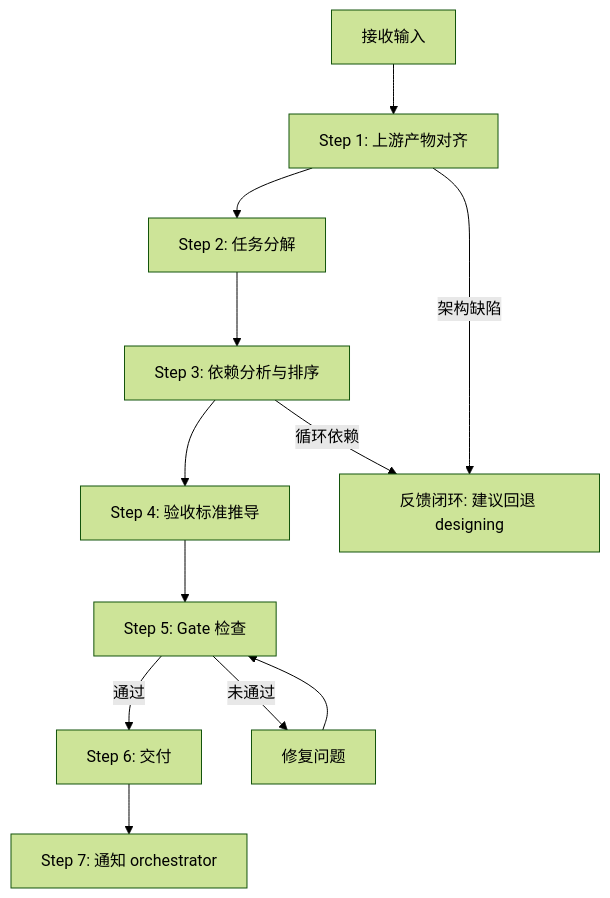
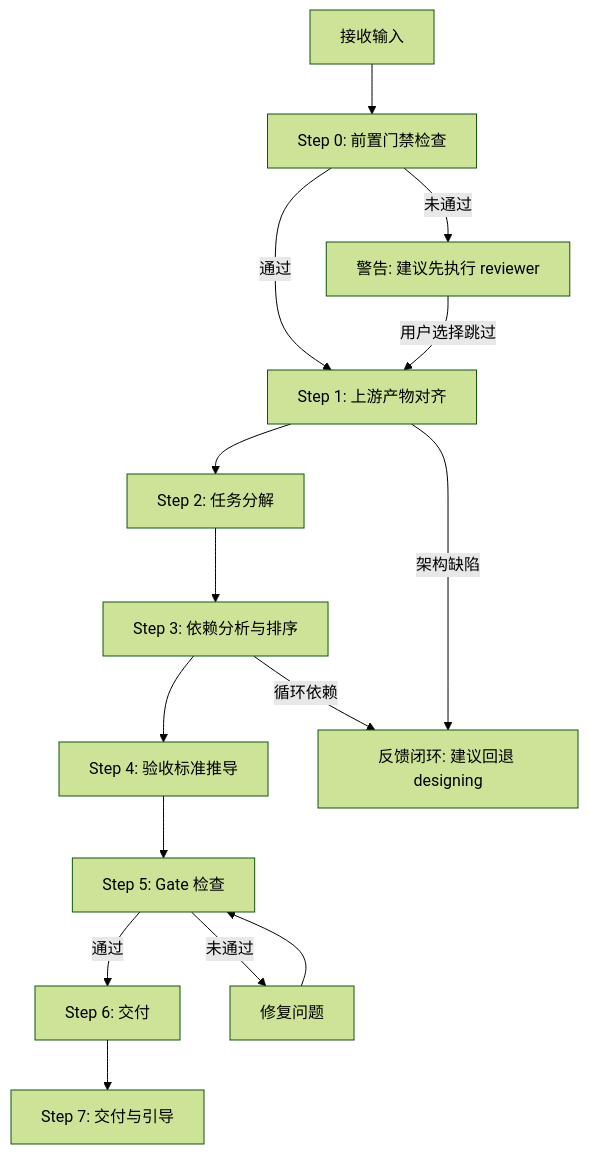
The first of 3 diagrams in skills/pb-v1-planning/SKILL.md (chenchiyuan/powerby-skills), drawn with Mermaid (forest theme) before and after one commit. The commit also changed other lines of this file and 46 other files, not shown here.

````diff
--- a/skills/pb-v1-planning/SKILL.md
+++ b/skills/pb-v1-planning/SKILL.md
@@ -238,15 +252,18 @@
 ```mermaid
 graph TD
-    Start[接收输入] --> S1[Step 1: 上游产物对齐]
+    Start[接收输入] --> S0[Step 0: 前置门禁检查]
+    S0 -->|通过| S1[Step 1: 上游产物对齐]
+    S0 -->|未通过| Warn[警告: 建议先执行 reviewer]
+    Warn -->|用户选择跳过| S1
     S1 --> S2[Step 2: 任务分解]
     S2 --> S3[Step 3: 依赖分析与排序]
     S3 --> S4[Step 4: 验收标准推导]
     S4 --> S5[Step 5: Gate 检查]
     S5 -->|通过| S6[Step 6: 交付]
     S5 -->|未通过| Fix[修复问题]
     Fix --> S5
-    S6 --> S7[Step 7: 通知 orchestrator]
+    S6 --> S7[Step 7: 交付与引导]
 
     S1 -->|架构缺陷| Feedback[反馈闭环: 建议回退 designing]
     S3 -->|循环依赖| Feedback
 ```
````
